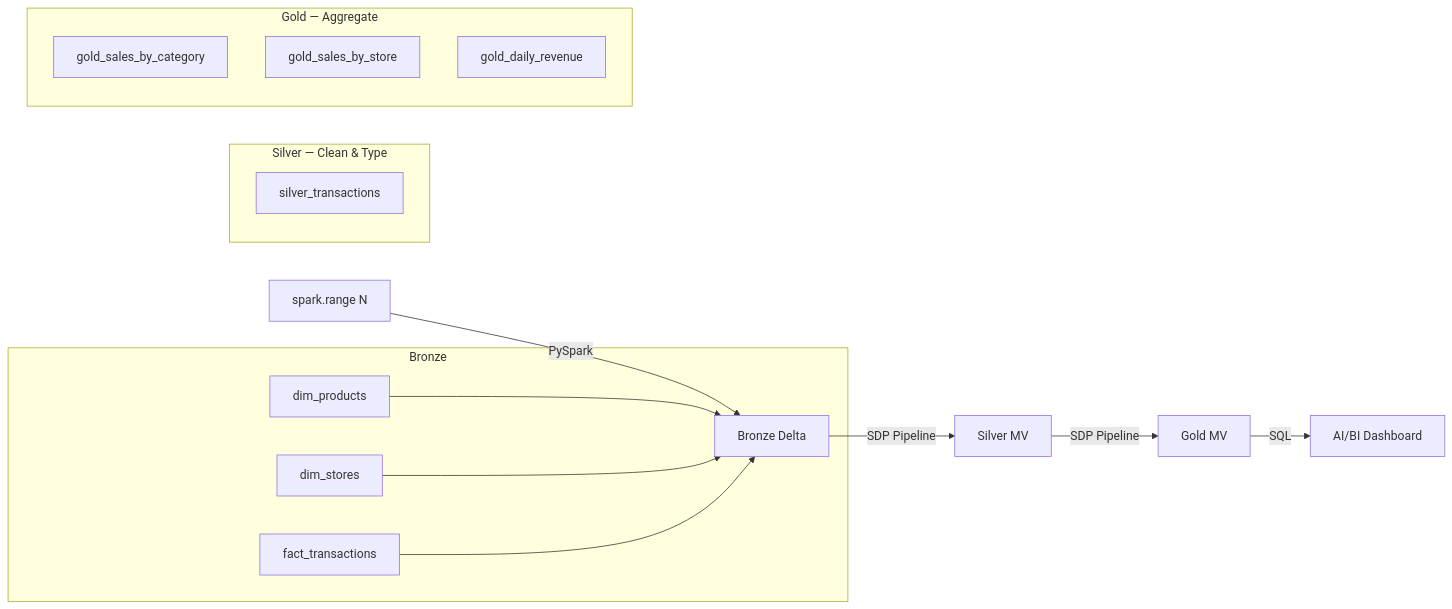
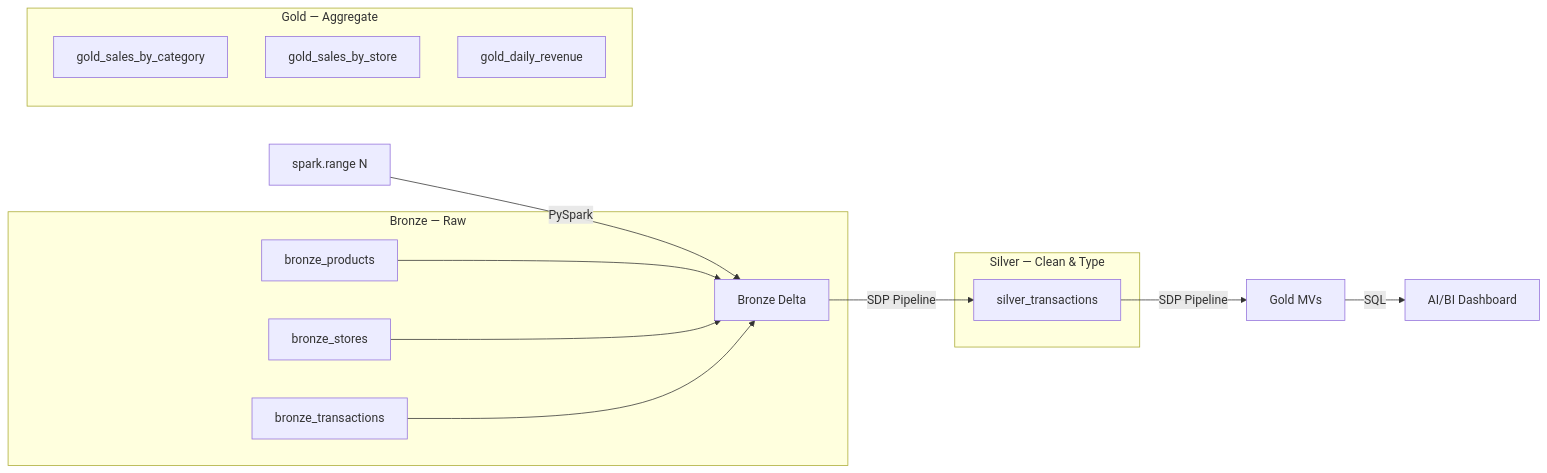
The diagram in retail_lakehouse/README.md (slysik/dbx-sa-build-demo-pitch), drawn with Mermaid before and after one commit. The commit also changed other lines of this file and 8 other files, not shown here.

Commit message:
feat: retail_lakehouse — Bronze/Silver/Gold + AI/BI dashboard (test run 2026-03-18)

````diff
--- a/retail_lakehouse/README.md
+++ b/retail_lakehouse/README.md
@@ -7,23 +7,23 @@
 ```mermaid
 graph LR
     A[spark.range N] -->|PySpark| B[Bronze Delta]
     B -->|SDP Pipeline| C[Silver MV]
-    C -->|SDP Pipeline| D[Gold MV]
+    C -->|SDP Pipeline| D[Gold MVs]
     D -->|SQL| E[AI/BI Dashboard]
 
-    subgraph Bronze
-        B1[dim_products] --> B
-        B2[dim_stores] --> B
-        B3[fact_transactions] --> B
+    subgraph "Bronze — Raw"
+        B1[bronze_products] --> B
+        B2[bronze_stores] --> B
+        B3[bronze_transactions] --> B
     end
 
     subgraph "Silver — Clean & Type"
-        C1[silver_transactions]
+        C[silver_transactions]
     end
 
     subgraph "Gold — Aggregate"
         D1[gold_sales_by_category]
         D2[gold_sales_by_store]
         D3[gold_daily_revenue]
     end
 ```
````
